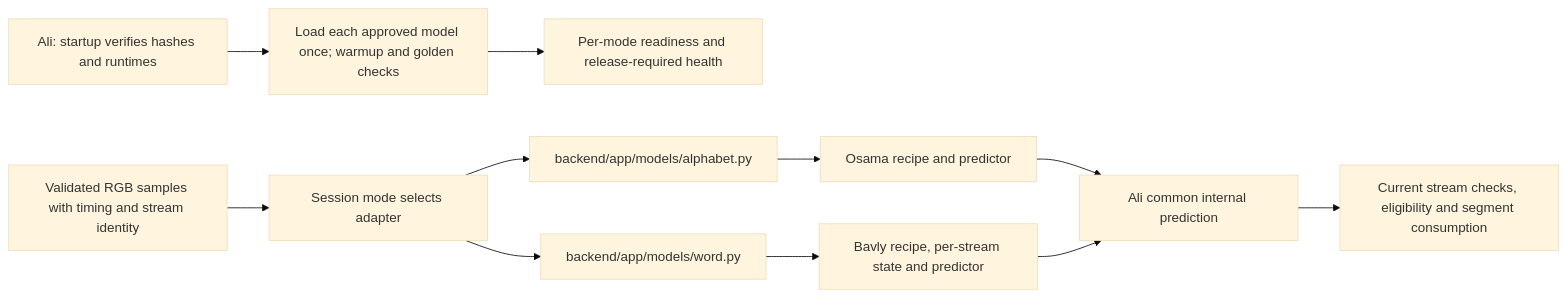
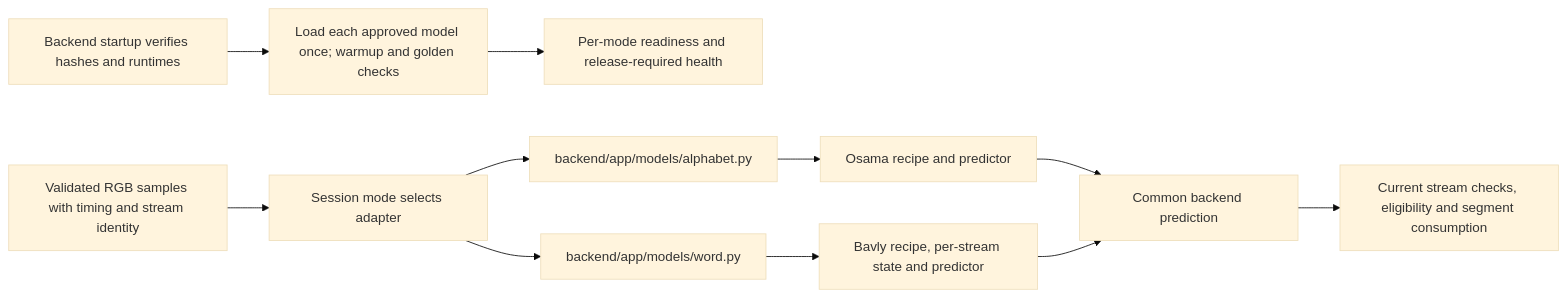
Before and after one commit to Mohamad-Hisham/Signova: the third of 3 diagrams in docs/architecture/system-overview.md, drawn with Mermaid (base theme). The commit also changed other lines of this file and 18 other files, not shown here.

````diff
--- a/docs/architecture/system-overview.md
+++ b/docs/architecture/system-overview.md
@@ -45,13 +45,13 @@
 ```mermaid
 flowchart LR
-  startup["Ali: startup verifies hashes and runtimes"] --> registry["Load each approved model once; warmup and golden checks"]
+  startup["Backend startup verifies hashes and runtimes"] --> registry["Load each approved model once; warmup and golden checks"]
   registry --> ready["Per-mode readiness and release-required health"]
   jpeg["Validated RGB samples with timing and stream identity"] --> route["Session mode selects adapter"]
   route --> alphabetAdapter["backend/app/models/alphabet.py"]
   route --> wordAdapter["backend/app/models/word.py"]
   alphabetAdapter --> alphabetPredictor["Osama recipe and predictor"]
   wordAdapter --> wordPredictor["Bavly recipe, per-stream state and predictor"]
-  alphabetPredictor --> prediction["Ali common internal prediction"]
+  alphabetPredictor --> prediction["Common backend prediction"]
   wordPredictor --> prediction
   prediction --> gate["Current stream checks, eligibility and segment consumption"]
 ```
````
